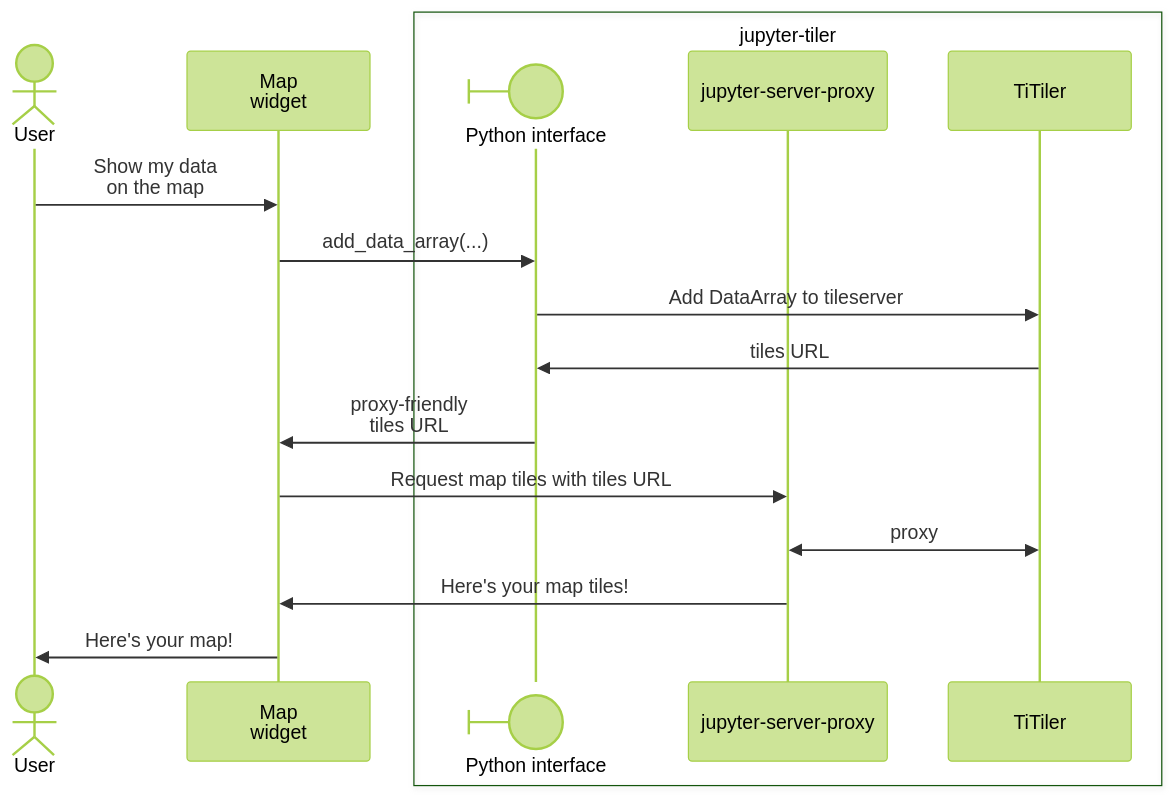
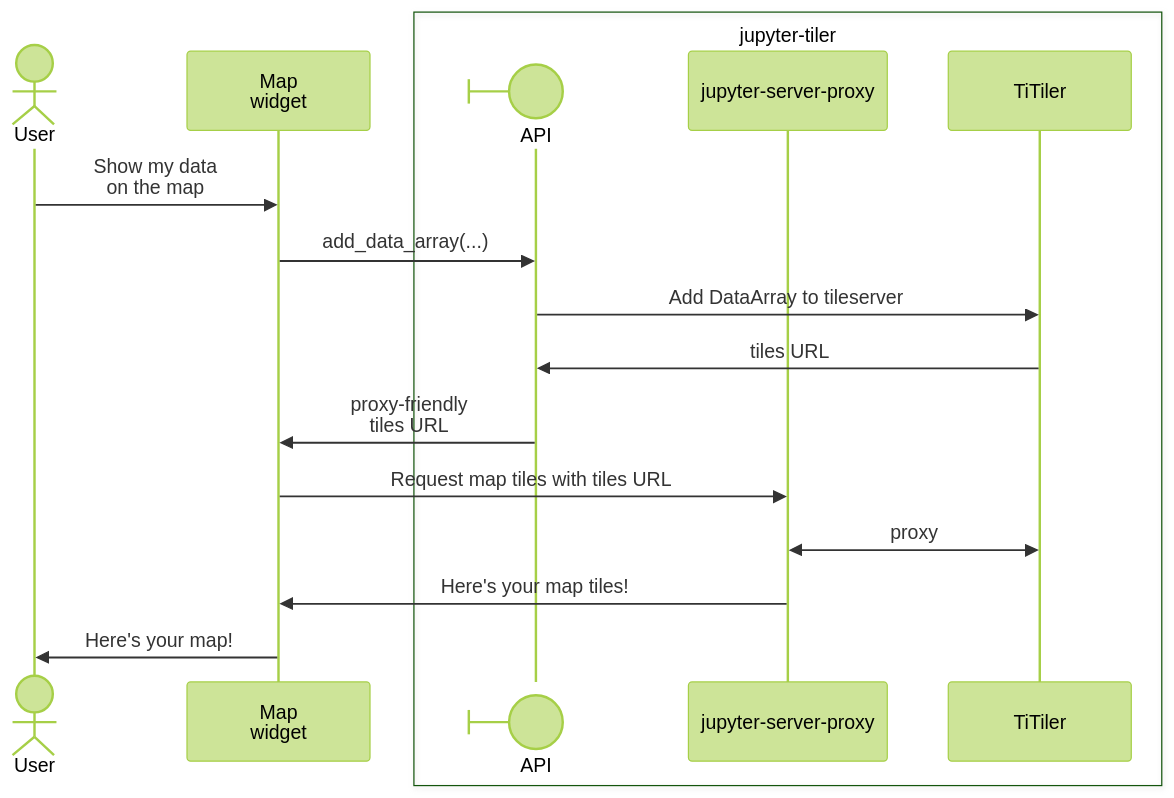
One commit to geojupyter/geojupyter.org changed the diagram in blog/20260622-jupyter-tiler/index.qmd. Above: the diagram before and after it, drawn with Mermaid (forest theme).

Commit message:
Mermaid 11.12.0 doesn't support aliases _at all_
We're stuck with an element that can't have spaces in its name??? UGH

````diff
--- a/blog/20260622-jupyter-tiler/index.qmd
+++ b/blog/20260622-jupyter-tiler/index.qmd
@@ -99,35 +99,35 @@
 ```{mermaid}
 sequenceDiagram
     actor user as User
     participant widget as Map<br/>widget
 
     box jupyter-tiler
-        participant api@{"type": "boundary", "alias": "Python interface"}
+        participant API@{"type": "boundary"}
         participant proxy as jupyter-server-proxy
         participant tileserver as TiTiler
     end
 
     user->>widget: Show my data<br/>on the map
 
-        widget->>api: add_data_array(...)
-            api->>tileserver: Add DataArray to tileserver
-            tileserver->>api: tiles URL
-        api->>widget: proxy-friendly<br/>tiles URL
+        widget->>API: add_data_array(...)
+            API->>tileserver: Add DataArray to tileserver
+            tileserver->>API: tiles URL
+        API->>widget: proxy-friendly<br/>tiles URL
 
         widget->>proxy: Request map tiles with tiles URL
             tileserver<<->>proxy: proxy
         proxy->>widget: Here's your map tiles!
 
     widget->>user: Here's your map!
 
     accDescr {
         A diagram shows a data flow: A third-party interactive map widget leverages jupyter-tiler to display data on the map.
         First, the user requests to visualize data on the map with the widget.
         The widget tells the jupyter-tiler API to add a `DataArray` layer.
         jupyter-tiler then tells TiTiler to add a `DataArray` route to its HTTP API.
         This triggers jupyter-server-proxy to expose that route through Jupyter Server.
         The map widget receives a proxy-friendly URL it can use to request tiles.
         The map widget uses that URL to request and receive tiles from TiTiler via jupyter-server-proxy.
         Finally, the user receives the requested interactive map displaying their data.
     }
 ```
````
